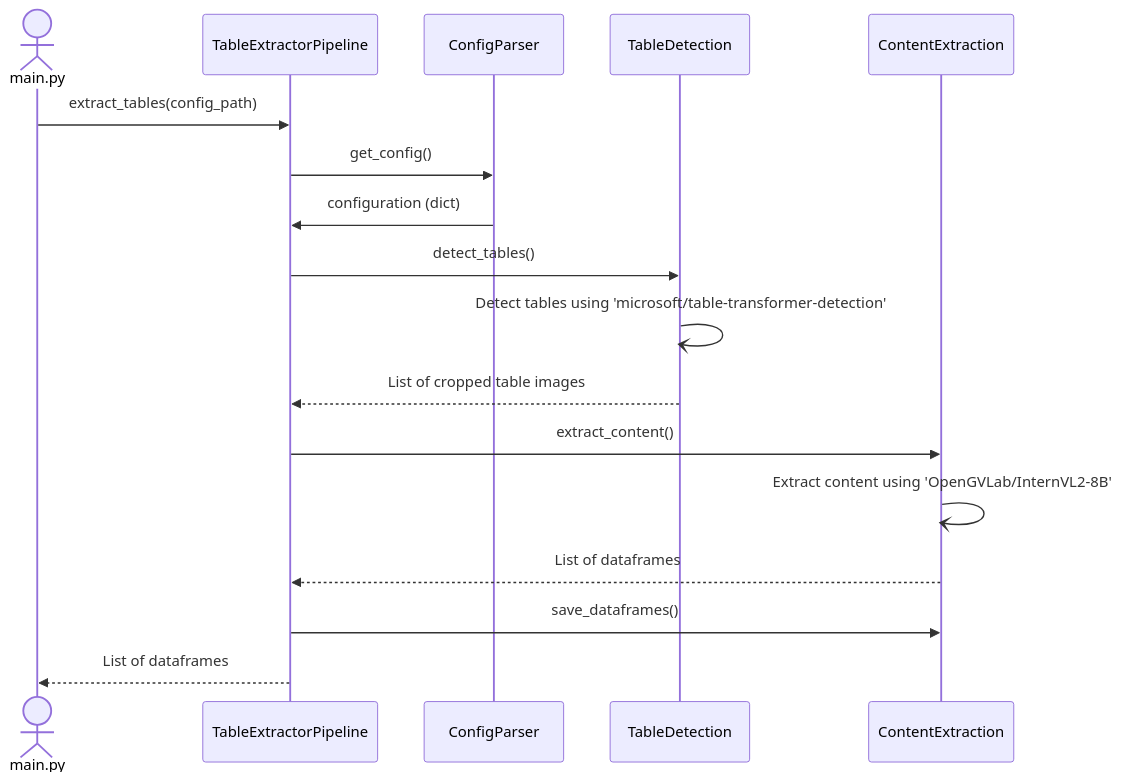
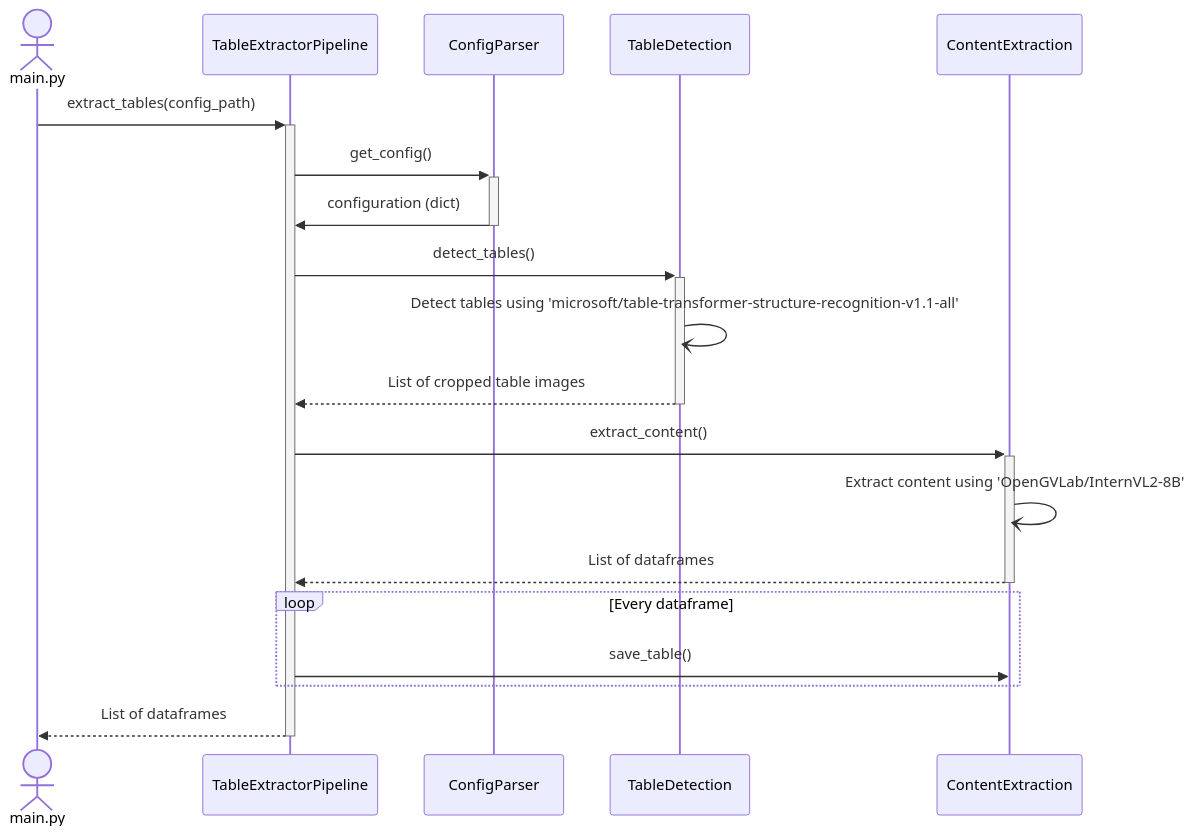
Before and after one commit to sanath95/Table-Extractor: the diagram in README.md, drawn with Mermaid. The commit also changed other lines of this file and 1 other file, not shown here.

Commit message:
update readme for compound heading

````diff
--- a/README.md
+++ b/README.md
@@ -53,20 +53,22 @@
 ```mermaid
 sequenceDiagram
     actor main.py
     participant TableExtractorPipeline
     participant ConfigParser
     participant TableDetection
     participant ContentExtraction
 
-    main.py ->> TableExtractorPipeline: extract_tables(config_path)
-    TableExtractorPipeline ->> ConfigParser: get_config()
-    ConfigParser ->> TableExtractorPipeline: configuration (dict)
-    TableExtractorPipeline ->> TableDetection: detect_tables()
-    TableDetection -) TableDetection: Detect tables using 'microsoft/table-transformer-detection'
-    TableDetection -->> TableExtractorPipeline: List of cropped table images
-    TableExtractorPipeline ->> ContentExtraction: extract_content()
+    main.py ->> +TableExtractorPipeline: extract_tables(config_path)
+    TableExtractorPipeline ->> +ConfigParser: get_config()
+    ConfigParser ->> -TableExtractorPipeline: configuration (dict)
+    TableExtractorPipeline ->> +TableDetection: detect_tables()
+    TableDetection -) TableDetection: Detect tables using 'microsoft/table-transformer-structure-recognition-v1.1-all'
+    TableDetection -->> -TableExtractorPipeline: List of cropped table images
+    TableExtractorPipeline ->> +ContentExtraction: extract_content()
     ContentExtraction -) ContentExtraction: Extract content using 'OpenGVLab/InternVL2-8B'
-    ContentExtraction -->> TableExtractorPipeline: List of dataframes
-    TableExtractorPipeline ->> ContentExtraction: save_dataframes()
-    TableExtractorPipeline -->> main.py: List of dataframes
+    ContentExtraction -->> -TableExtractorPipeline: List of dataframes
+    loop Every dataframe
+        TableExtractorPipeline ->> ContentExtraction: save_table()
+    end
+    TableExtractorPipeline -->> -main.py: List of dataframes
 ```
````
